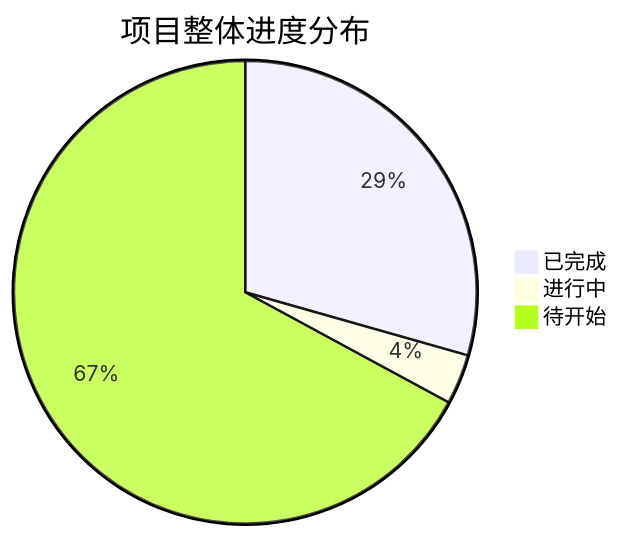
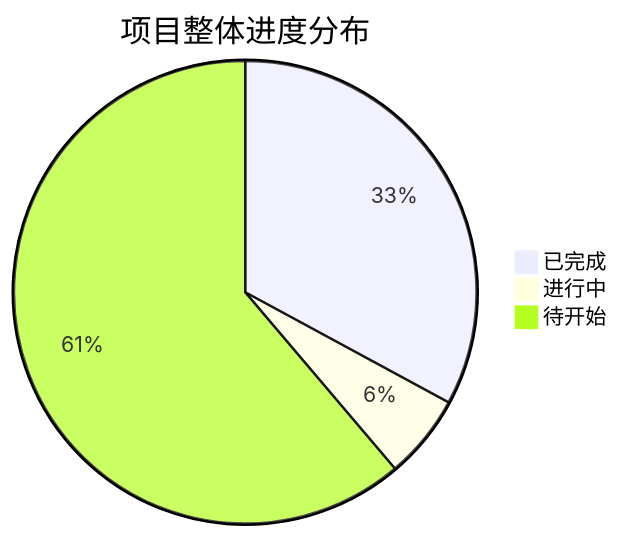
The first of 2 diagrams in 实施方案/项目实施/当前开发进度.md (AreaSong/ToDoListArea), drawn with Mermaid before and after one commit. The commit also changed other lines of this file and 3 other files, not shown here.

````diff
--- a/实施方案/项目实施/当前开发进度.md
+++ b/实施方案/项目实施/当前开发进度.md
@@ -328,6 +351,6 @@
 ```mermaid
 pie title 项目整体进度分布
-    "已完成" : 29.4
-    "进行中" : 3.5
-    "待开始" : 67.1
+    "已完成" : 32.9
+    "进行中" : 5.9
+    "待开始" : 61.2
 ```
````
